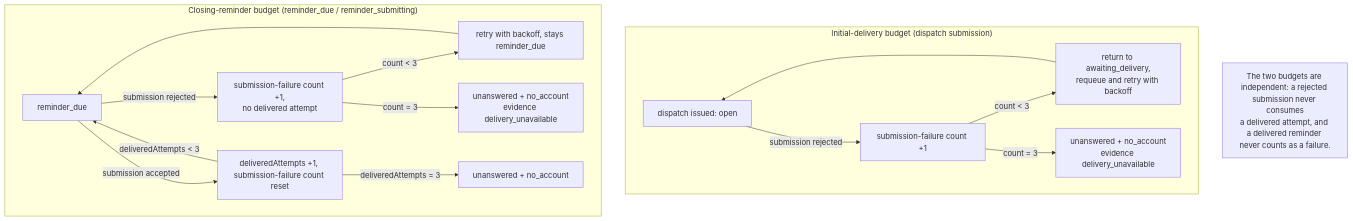
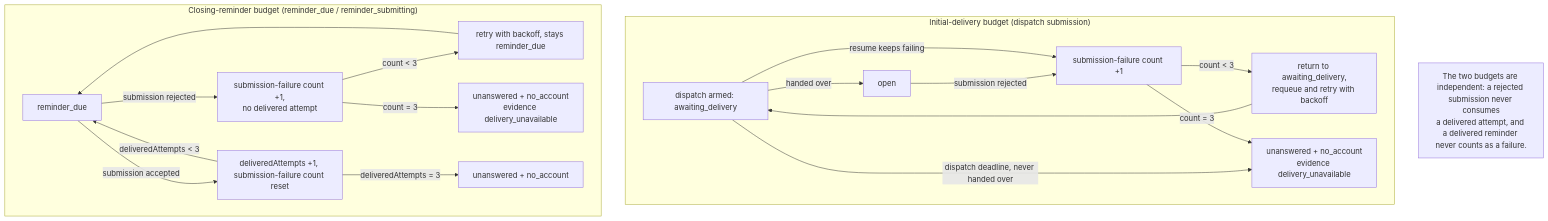
One commit to LelouchHe/webagent changed the fourth of 6 diagrams in docs/task-mcp.md. Above: the diagram before and after it, drawn with Mermaid. The commit also changed other lines of this file and 2 other files, not shown here.

First line of the commit message:
docs(tasks): correct obligation diagrams and failure accounting

````diff
--- a/docs/task-mcp.md
+++ b/docs/task-mcp.md
@@ -244,19 +250,22 @@
 ```mermaid
 flowchart TD
     subgraph Initial["Initial-delivery budget (dispatch submission)"]
-        A1[dispatch issued: open] -->|submission rejected| A2[submission-failure count +1]
+        A0[dispatch armed: awaiting_delivery] -->|handed over| A1[open]
+        A0 -->|resume keeps failing| A2[submission-failure count +1]
+        A1 -->|submission rejected| A2
         A2 -->|count < 3| A3[return to awaiting_delivery,<br/>requeue and retry with backoff]
-        A3 --> A1
+        A3 --> A0
         A2 -->|count = 3| A4[unanswered + no_account<br/>evidence delivery_unavailable]
+        A0 -->|dispatch deadline, never handed over| A4
     end
     subgraph Closing["Closing-reminder budget (reminder_due / reminder_submitting)"]
         B1[reminder_due] -->|submission rejected| B2[submission-failure count +1,<br/>no delivered attempt]
         B2 -->|count < 3| B3[retry with backoff, stays reminder_due]
         B3 --> B1
         B2 -->|count = 3| B4[unanswered + no_account<br/>evidence delivery_unavailable]
         B1 -->|submission accepted| B5[deliveredAttempts +1, submission-failure count reset]
         B5 -->|deliveredAttempts < 3| B1
         B5 -->|deliveredAttempts = 3| B6[unanswered + no_account]
     end
     Note[The two budgets are independent: a rejected submission never consumes<br/>a delivered attempt, and a delivered reminder never counts as a failure.]
 ```
````
